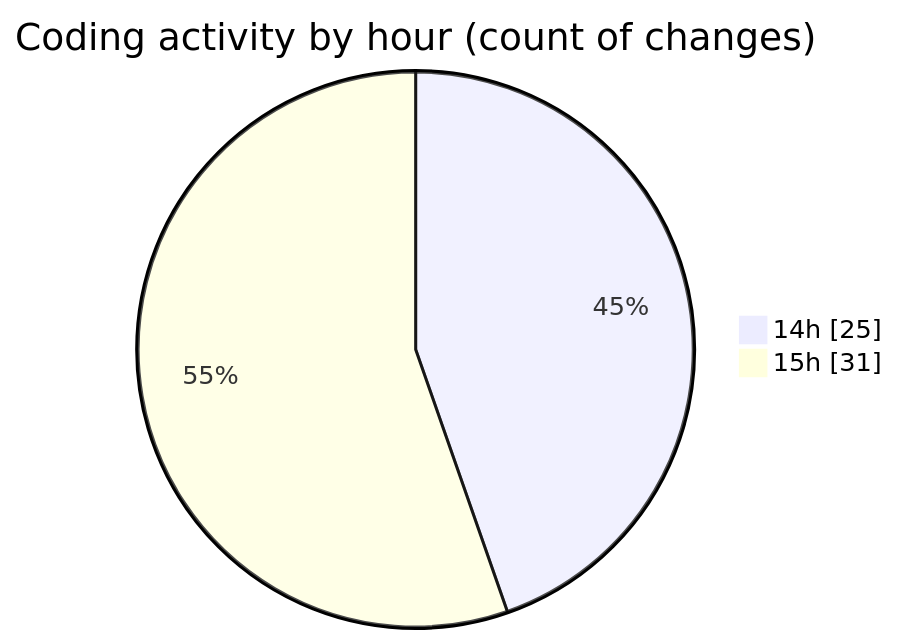
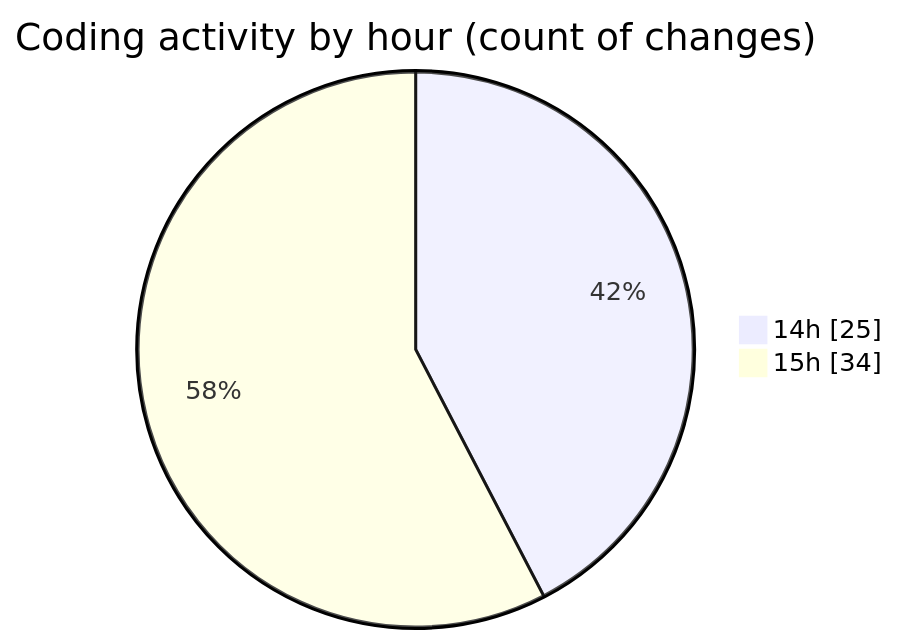
Before and after one commit to nxtqubesakshisongat/code-tracking: the second of 2 diagrams in 2025-07-07/argos/README.md, drawn with Mermaid. The commit also changed other lines of this file and 1 other file, not shown here.

````diff
--- a/2025-07-07/argos/README.md
+++ b/2025-07-07/argos/README.md
@@ -32,6 +32,6 @@
 ```mermaid
 pie showData
 title Coding activity by hour (count of changes)
 "14h" : 25
-"15h" : 31
+"15h" : 34
 ```
````
